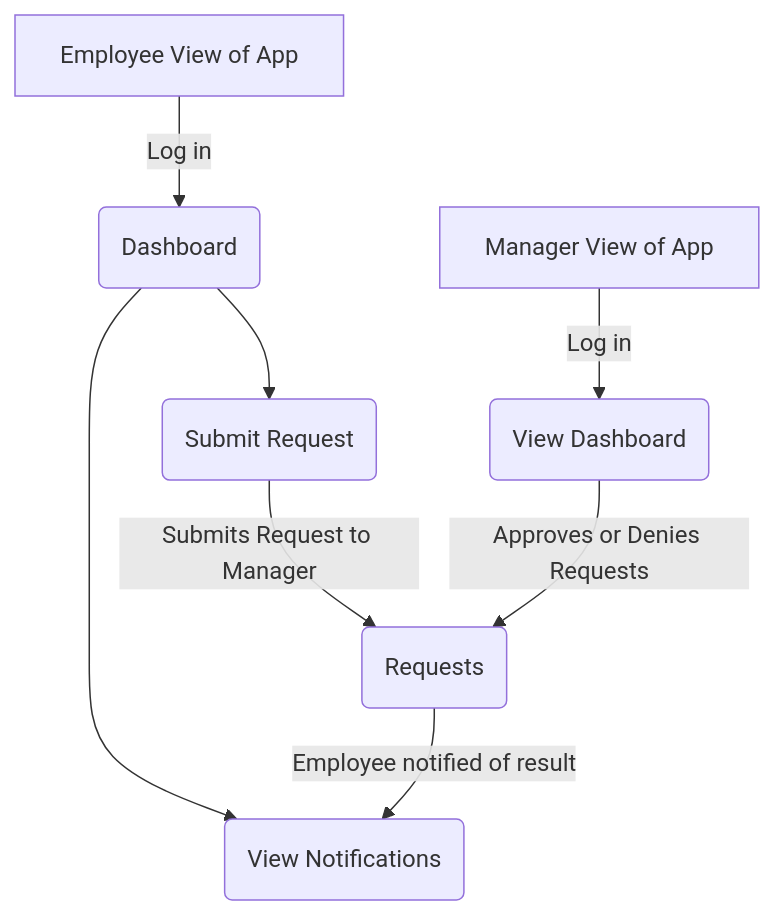
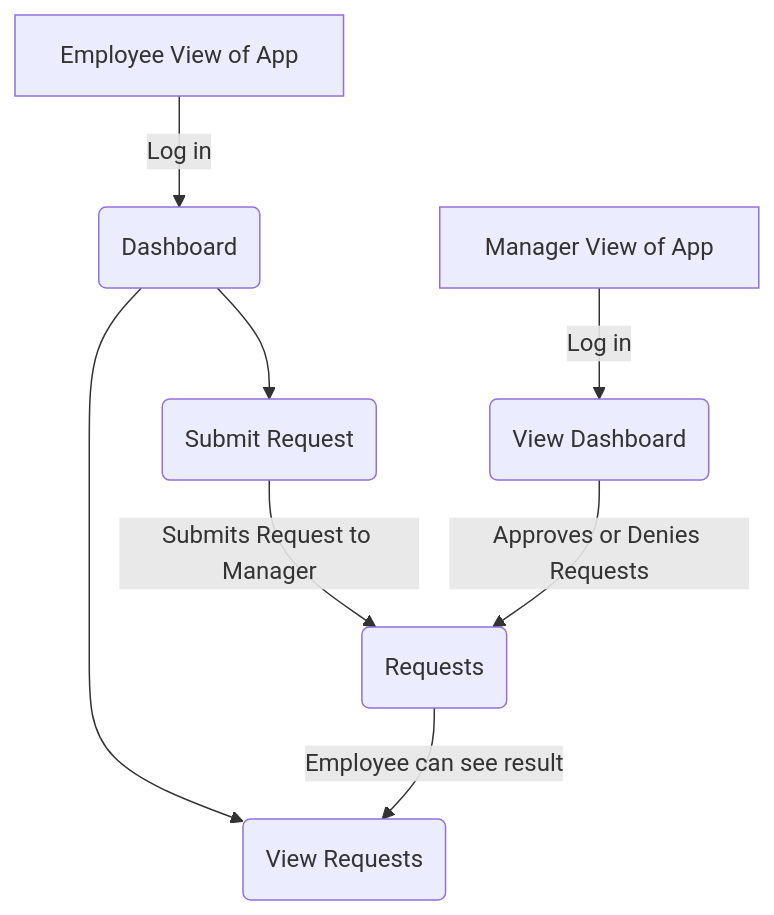
Before and after one commit to KeeganKnapp/CapstoneProject: the fourth of 5 diagrams in README.md, drawn with Mermaid.

Commit message:
flowchart tweak

````diff
--- a/README.md
+++ b/README.md
@@ -113,12 +113,12 @@
 ```mermaid
 flowchart TD
     A["Employee View of App"] -- Log in --> B("Dashboard")
     B --> C("Submit Request")
     C -- Submits Request to Manager --> O
-    B --> F("View Notifications")
-    O -- Employee notified of result --> F
+    B --> F("View Requests")
+    O -- Employee can see result --> F
 
 
     E["Manager View of App"] -- Log in --> J("View Dashboard")
     J -- Approves or Denies Requests --> O("Requests")
 ```
````
